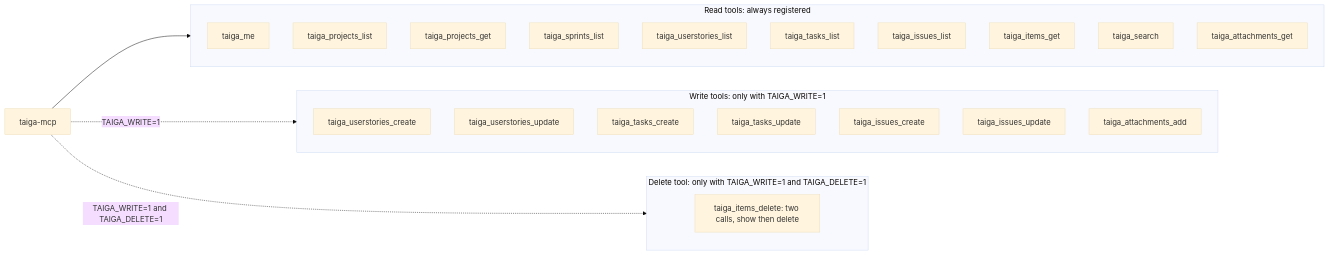
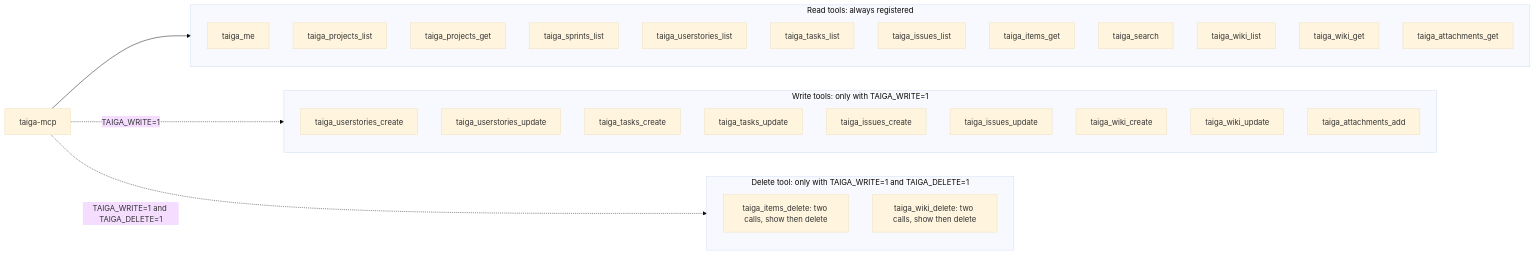
Before and after one commit to CamposCodes/taiga-r2da-mcp: the first of 3 diagrams in docs/usage.md, drawn with Mermaid (base theme). The commit also changed other lines of this file and 11 other files, not shown here.

Commit message:
feat: read, create, edit and delete the wiki pages of a project

````diff
--- a/docs/usage.md
+++ b/docs/usage.md
@@ -19,31 +19,36 @@
 ```mermaid
 flowchart LR
     server["taiga-mcp"]
     subgraph read["Read tools: always registered"]
         me["taiga_me"]
         plist["taiga_projects_list"]
         pget["taiga_projects_get"]
         sprints["taiga_sprints_list"]
         us["taiga_userstories_list"]
         tasks["taiga_tasks_list"]
         issues["taiga_issues_list"]
         item["taiga_items_get"]
         search["taiga_search"]
+        wlist["taiga_wiki_list"]
+        wget["taiga_wiki_get"]
         aget["taiga_attachments_get"]
     end
     subgraph write["Write tools: only with TAIGA_WRITE=1"]
         uscreate["taiga_userstories_create"]
         usupdate["taiga_userstories_update"]
         tcreate["taiga_tasks_create"]
         tupdate["taiga_tasks_update"]
         icreate["taiga_issues_create"]
         iupdate["taiga_issues_update"]
+        wcreate["taiga_wiki_create"]
+        wupdate["taiga_wiki_update"]
         aadd["taiga_attachments_add"]
     end
     subgraph remove["Delete tool: only with TAIGA_WRITE=1 and TAIGA_DELETE=1"]
         del["taiga_items_delete: two calls, show then delete"]
+        wdel["taiga_wiki_delete: two calls, show then delete"]
     end
     server --> read
     server -.->|"TAIGA_WRITE=1"| write
     server -.->|"TAIGA_WRITE=1 and TAIGA_DELETE=1"| remove
 ```
````
